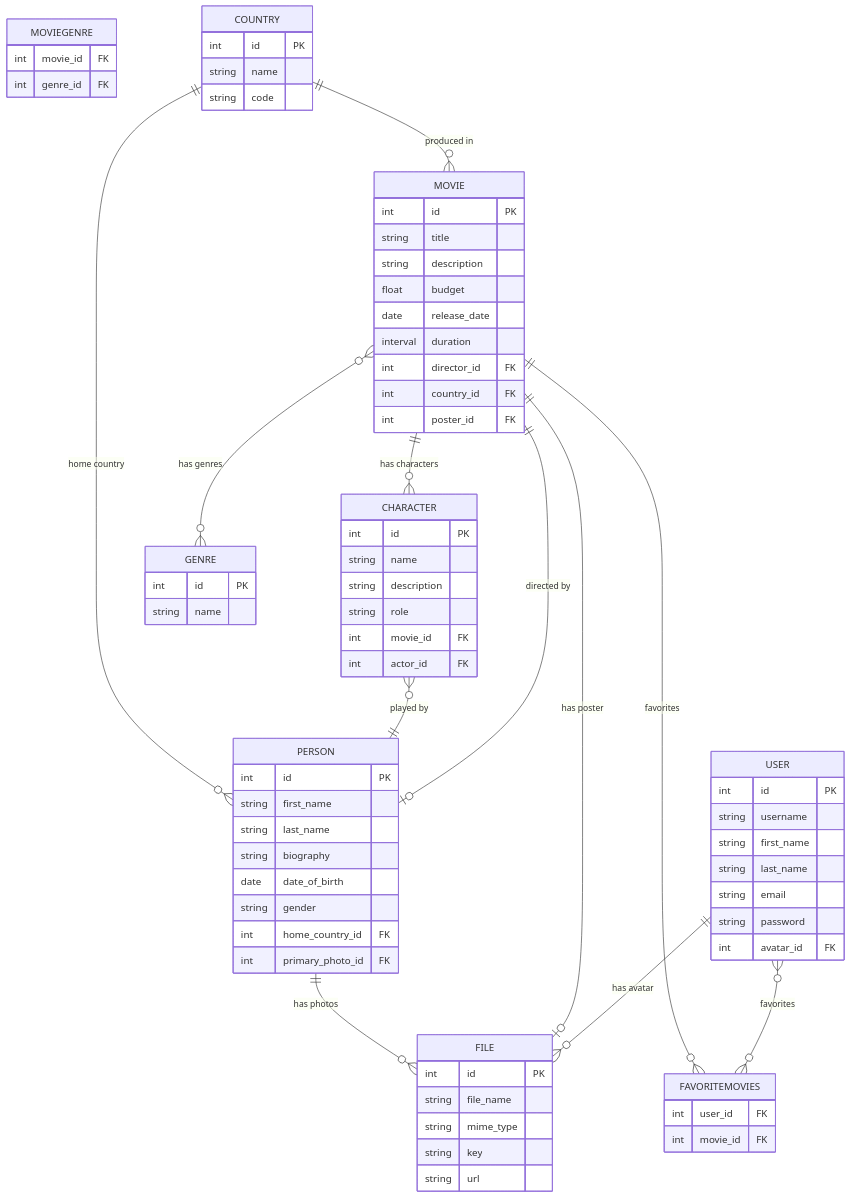
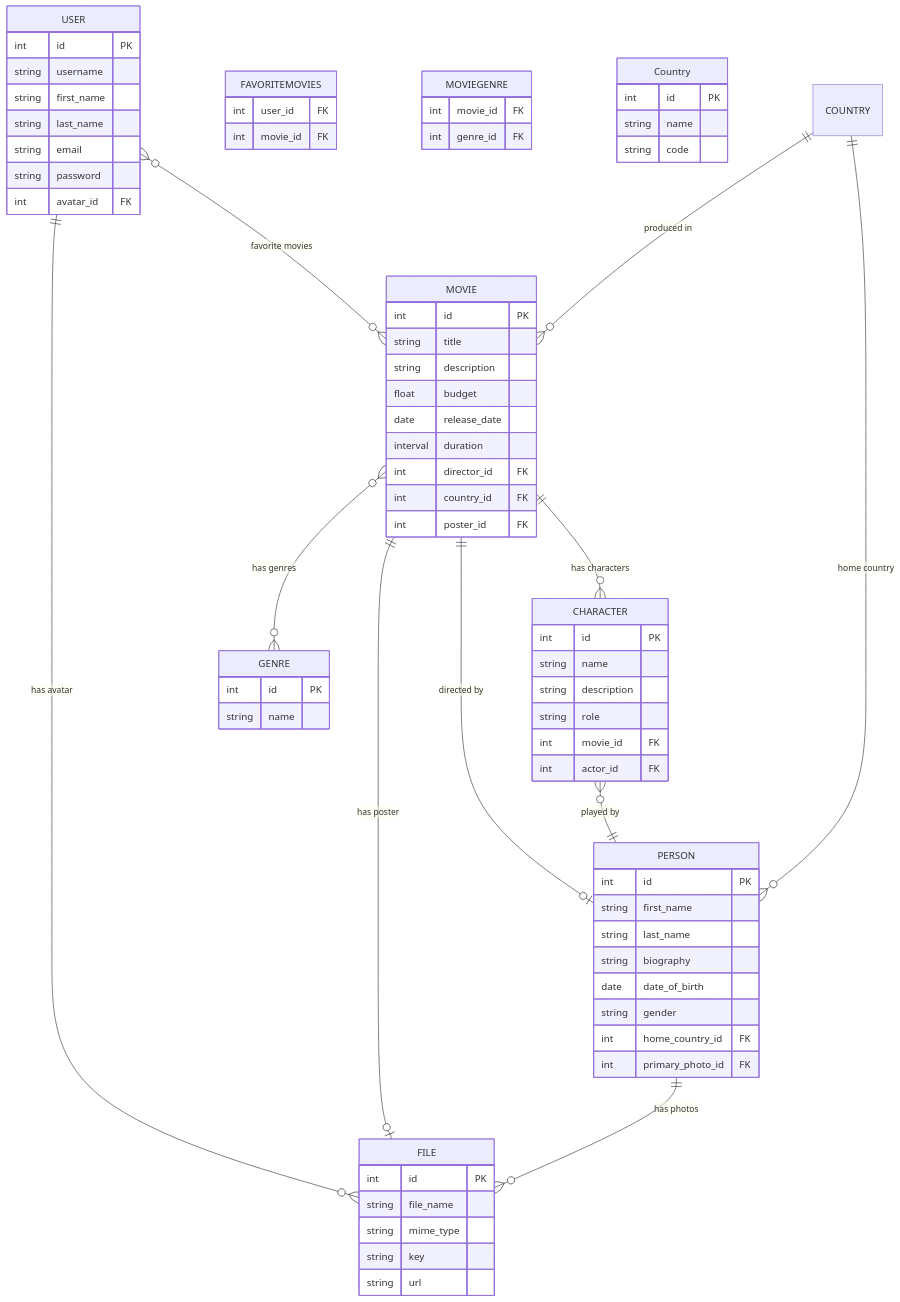
The diagram in README.md (XCODE89/movie_app_db), drawn with Mermaid before and after one commit.

Commit message:
+ Homework complete

```diff
--- a/README.md
+++ b/README.md
@@ -66,7 +66,7 @@
         int genre_id FK
     }
 
-    COUNTRY {
+    Country {
         int id PK
         string name
         string code
@@ -79,8 +79,7 @@
     MOVIE ||--o{ CHARACTER : "has characters"
     CHARACTER }o--|| PERSON : "played by"
     PERSON ||--o{ FILE : "has photos"
-    USER }o--o{ FAVORITEMOVIES : "favorites"
-    MOVIE ||--o{ FAVORITEMOVIES : "favorites"
+    USER }o--o{ MOVIE : "favorite movies"
     COUNTRY ||--o{ MOVIE : "produced in"
     COUNTRY ||--o{ PERSON : "home country"
 
```
